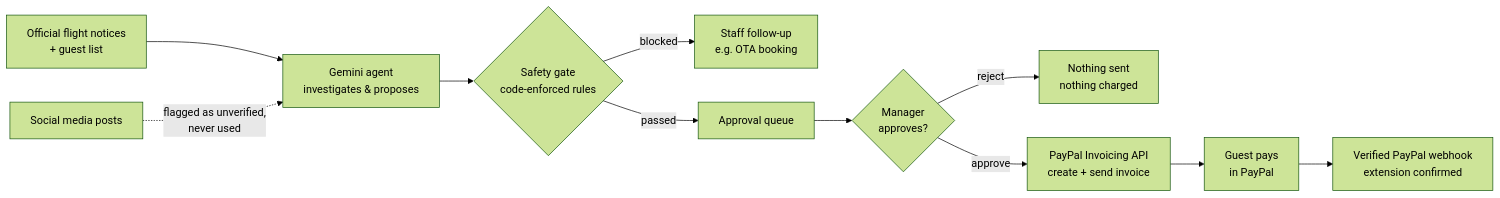
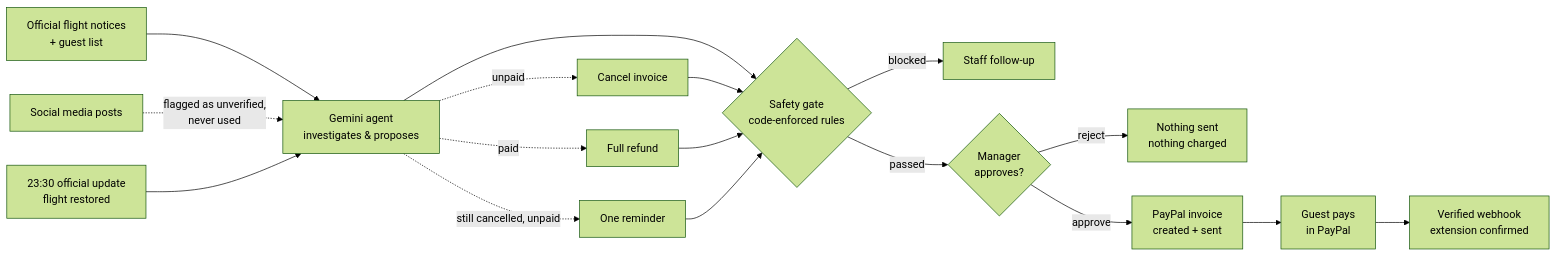
Before and after one commit to hourencaosote-cpu/nankuru-banto: the diagram in README.md, drawn with Mermaid (forest theme). The commit also changed other lines of this file and 12 other files, not shown here.

````diff
--- a/README.md
+++ b/README.md
@@ -35,13 +36,17 @@
 ```mermaid
 flowchart LR
     A[Official flight notices<br/>+ guest list] --> B[Gemini agent<br/>investigates & proposes]
     S[Social media posts] -. flagged as unverified,<br/>never used .-> B
     B --> G{Safety gate<br/>code-enforced rules}
-    G -- blocked --> N[Staff follow-up<br/>e.g. OTA booking]
-    G -- passed --> Q[Approval queue]
-    Q --> M{Manager<br/>approves?}
+    G -- blocked --> N[Staff follow-up]
+    G -- passed --> M{Manager<br/>approves?}
     M -- reject --> X[Nothing sent<br/>nothing charged]
-    M -- approve --> P[PayPal Invoicing API<br/>create + send invoice]
+    M -- approve --> P[PayPal invoice<br/>created + sent]
     P --> C[Guest pays<br/>in PayPal]
-    C --> K[Verified PayPal webhook<br/>extension confirmed]
+    C --> K[Verified webhook<br/>extension confirmed]
+    U[23:30 official update<br/>flight restored] --> B
+    B -. unpaid .-> R1[Cancel invoice]
+    B -. paid .-> R2[Full refund]
+    B -. still cancelled, unpaid .-> R3[One reminder]
+    R1 & R2 & R3 --> G
 ```
````
